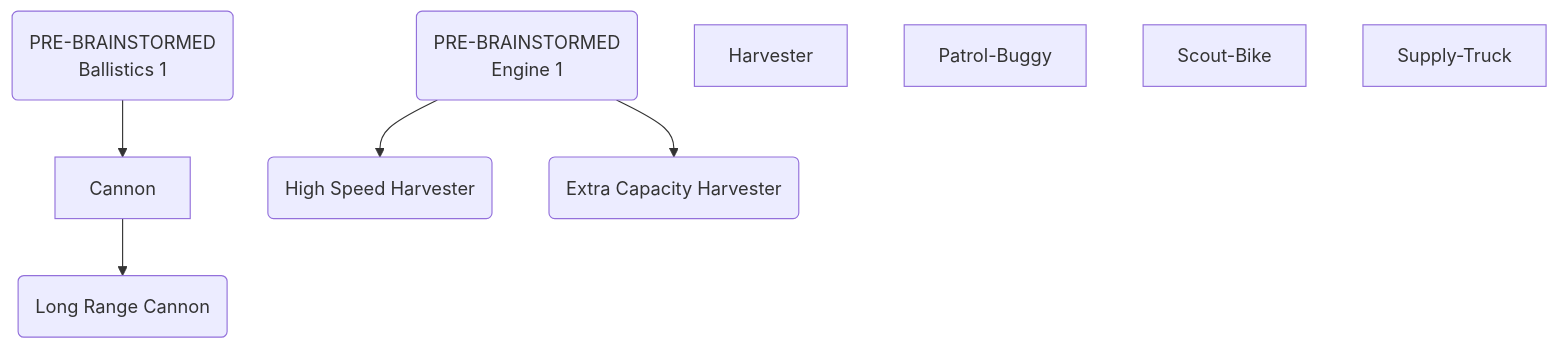
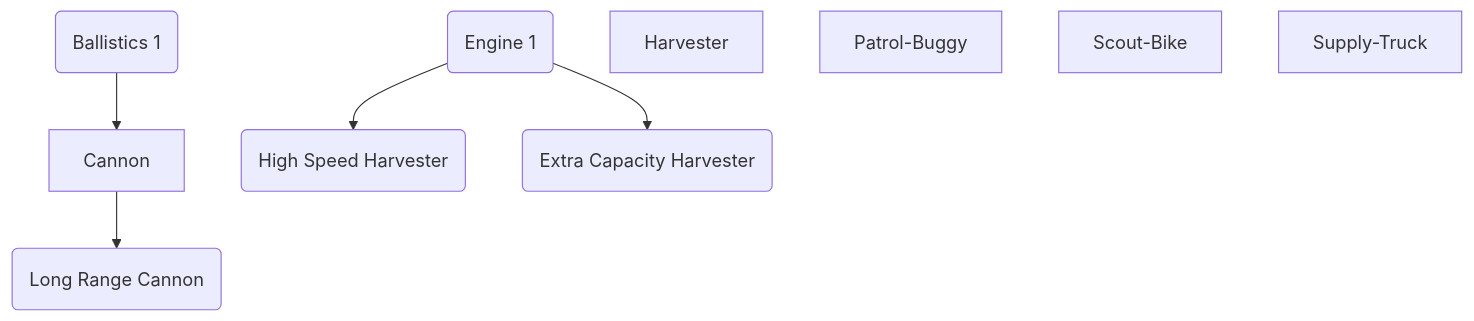
Before and after one commit to wadcom/kisarra-docs: the diagram in README.md, drawn with Mermaid.

Commit message:
Removed 'pre-brainstormed' as a misstake

````diff
--- a/README.md
+++ b/README.md
@@ -185,13 +185,13 @@
 ```mermaid
 graph TD;
-    ballistics-1(PRE-BRAINSTORMED\nBallistics 1);
+    ballistics-1(Ballistics 1);
     ballistics-1-->Cannon;
     Cannon-->Long-Range-Cannon(Long Range Cannon);
-    engine-1(PRE-BRAINSTORMED\nEngine 1);
+    engine-1(Engine 1);
     Harvester;
     engine-1-->High-Speed-Harvester(High Speed Harvester);
     engine-1-->Extra-Capacity-Harvester(Extra Capacity Harvester);
     Patrol-Buggy;
     Scout-Bike;
     Supply-Truck;
 ```
````
